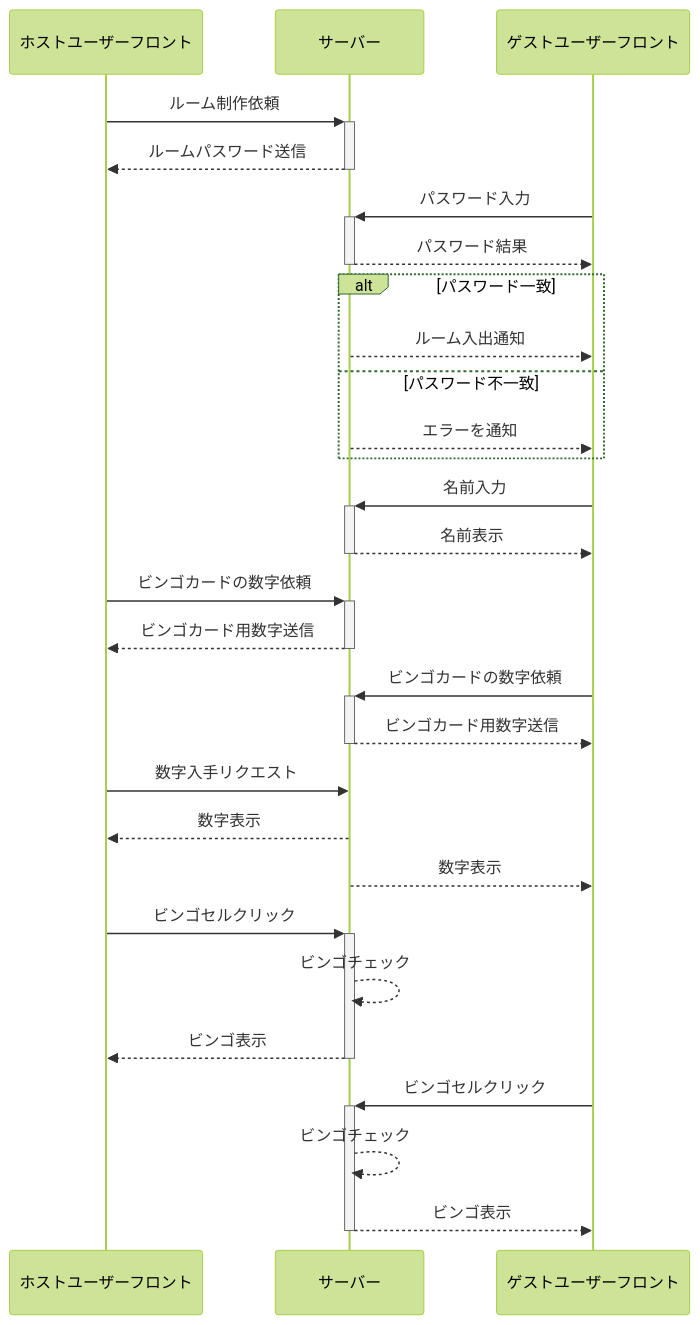
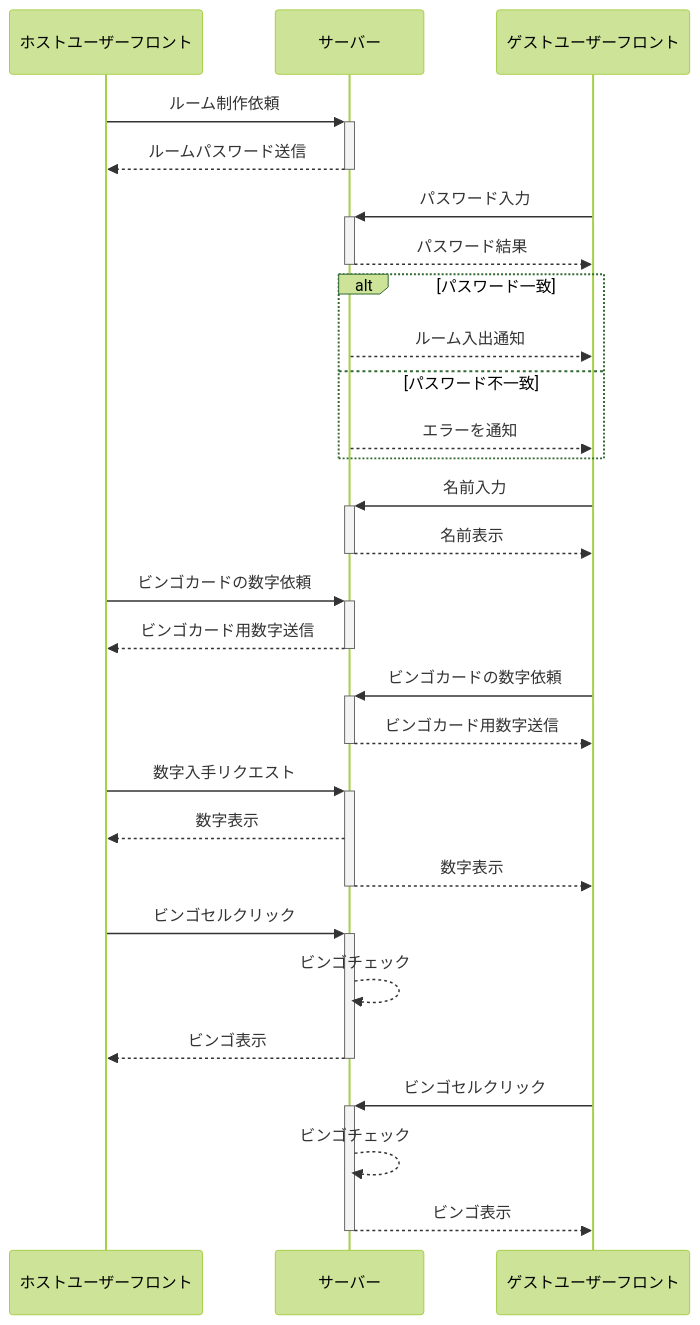
The diagram in README.md (MizugutiK/Bingo), drawn with Mermaid (forest theme) before and after one commit.

````diff
--- a/README.md
+++ b/README.md
@@ -4,37 +4,37 @@
 ```mermaid
 sequenceDiagram;
 participant ホストユーザーフロント
 participant サーバー
 participant ゲストユーザーフロント
 
 ホストユーザーフロント  ->>+     サーバー:ルーム制作依頼
 サーバー               -->>-     ホストユーザーフロント:ルームパスワード送信
 
 ゲストユーザーフロント  ->>+     サーバー:パスワード入力
 サーバー               -->>-     ゲストユーザーフロント:パスワード結果
 alt パスワード一致　
 サーバー　-->>  ゲストユーザーフロント:ルーム入出通知
 else パスワード不一致
 サーバー -->>   ゲストユーザーフロント:エラーを通知
 end
 
 ゲストユーザーフロント  ->>+     サーバー:名前入力
 サーバー               -->>-      ゲストユーザーフロント:名前表示
 
 ホストユーザーフロント  ->>+     サーバー:ビンゴカードの数字依頼
 サーバー               -->>-     ホストユーザーフロント:ビンゴカード用数字送信
 ゲストユーザーフロント  ->>+     サーバー:ビンゴカードの数字依頼
 サーバー               -->>-     ゲストユーザーフロント:ビンゴカード用数字送信
 
-ホストユーザーフロント  ->>     サーバー:数字入手リクエスト
+ホストユーザーフロント  ->>+     サーバー:数字入手リクエスト
 サーバー               -->>     ホストユーザーフロント:数字表示
-サーバー               -->>     ゲストユーザーフロント:数字表示
+サーバー               -->>-     ゲストユーザーフロント:数字表示
 
 ホストユーザーフロント  ->>+     サーバー:ビンゴセルクリック
 サーバー               -->>     サーバー:ビンゴチェック
 サーバー               -->>-     ホストユーザーフロント:ビンゴ表示
 
 ゲストユーザーフロント  ->>+     サーバー:ビンゴセルクリック
 サーバー               -->>     サーバー:ビンゴチェック
 サーバー               -->>-     ゲストユーザーフロント:ビンゴ表示
 ```
````
